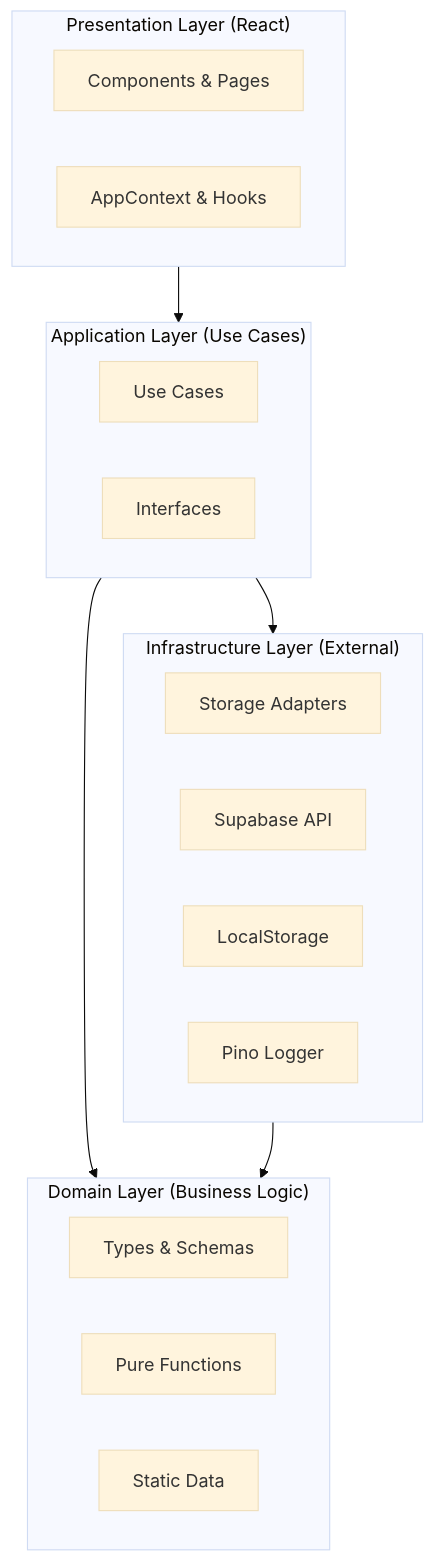
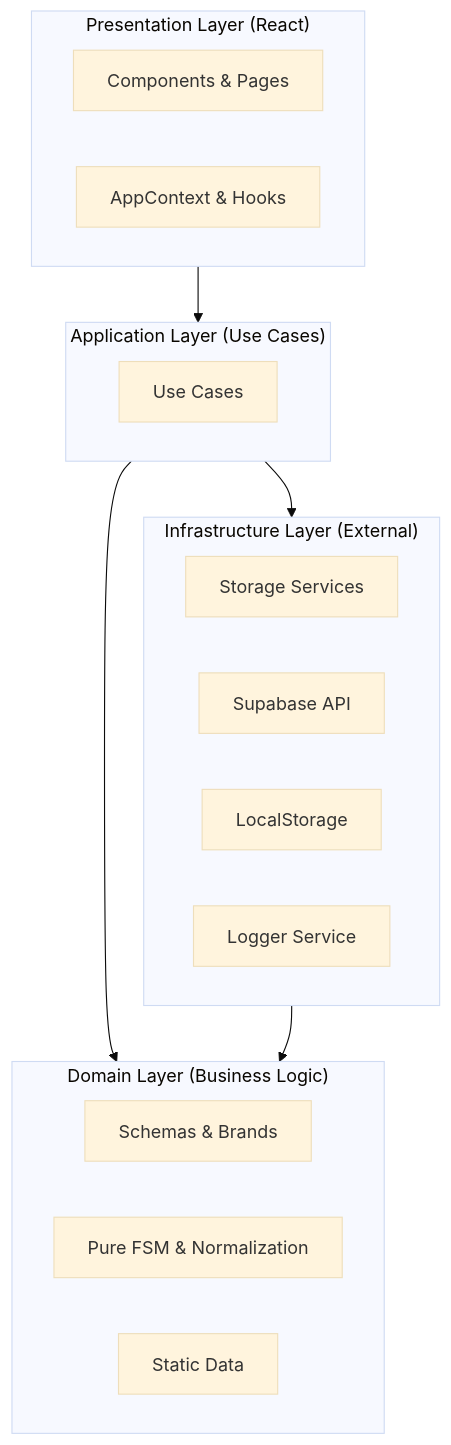
Before and after one commit to scuba3198/pte-class-coverage: the diagram in README.md, drawn with Mermaid (base theme). The commit also changed other lines of this file, not shown here.

Commit message:
docs: update README to reflect Effect-TS architecture and sync behavior

````diff
--- a/README.md
+++ b/README.md
@@ -9,30 +34,29 @@
 ```mermaid
 graph TD
     subgraph Presentation["Presentation Layer (React)"]
         UI[Components & Pages]
         Context[AppContext & Hooks]
     end
 
     subgraph Application["Application Layer (Use Cases)"]
         UC[Use Cases]
-        Ports[Interfaces]
     end
 
     subgraph Domain["Domain Layer (Business Logic)"]
-        Models[Types & Schemas]
-        Logic[Pure Functions]
+        Models[Schemas & Brands]
+        Logic[Pure FSM & Normalization]
         Data[Static Data]
     end
 
     subgraph Infrastructure["Infrastructure Layer (External)"]
-        Adapter[Storage Adapters]
+        Storage[Storage Services]
         Supabase[Supabase API]
         Local[LocalStorage]
-        Log[Pino Logger]
+        Log[Logger Service]
     end
 
     Presentation --> Application
     Application --> Domain
     Application --> Infrastructure
     Infrastructure --> Domain
 ```
````
